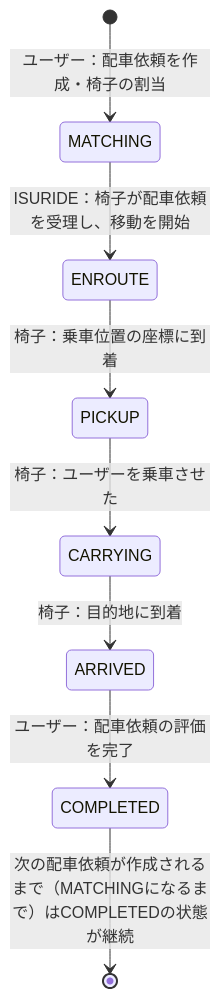
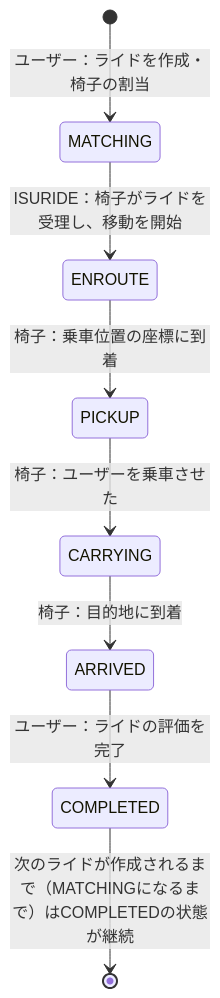
Before and after one commit to suguru03/isucon14: the diagram in docs/ISURIDE.md, drawn with Mermaid. The commit also changed other lines of this file and 2 other files, not shown here.

````diff
--- a/docs/ISURIDE.md
+++ b/docs/ISURIDE.md
@@ -62,10 +63,10 @@
 ```mermaid
 stateDiagram-v2
-  [*] --> MATCHING: ユーザー：配車依頼を作成・椅子の割当
-  MATCHING --> ENROUTE: ISURIDE：椅子が配車依頼を受理し、移動を開始
+  [*] --> MATCHING: ユーザー：ライドを作成・椅子の割当
+  MATCHING --> ENROUTE: ISURIDE：椅子がライドを受理し、移動を開始
   ENROUTE --> PICKUP: 椅子：乗車位置の座標に到着
   PICKUP --> CARRYING: 椅子：ユーザーを乗車させた
   CARRYING --> ARRIVED: 椅子：目的地に到着
-  ARRIVED --> COMPLETED: ユーザー：配車依頼の評価を完了
-  COMPLETED --> [*]: 次の配車依頼が作成されるまで（MATCHINGになるまで）はCOMPLETEDの状態が継続
+  ARRIVED --> COMPLETED: ユーザー：ライドの評価を完了
+  COMPLETED --> [*]: 次のライドが作成されるまで（MATCHINGになるまで）はCOMPLETEDの状態が継続
 ```
````
